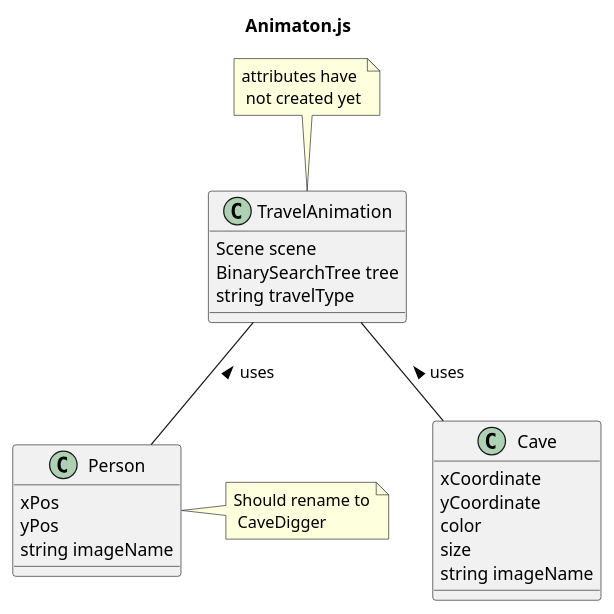
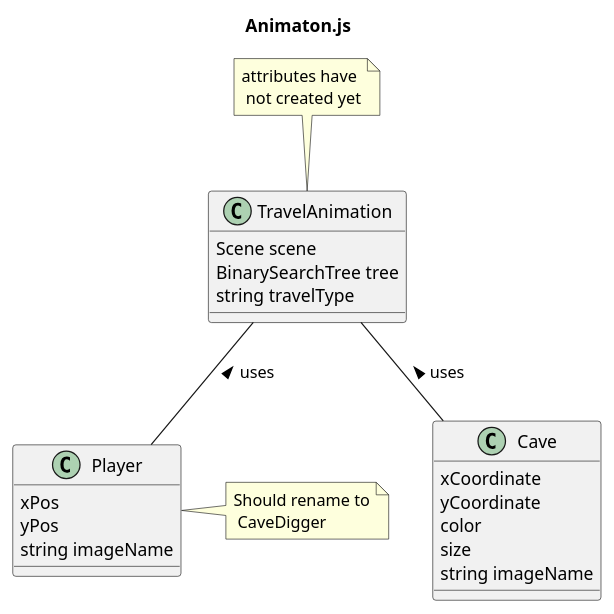
One commit to CameronSykes/CS4500FinalProject changed the second of 2 diagrams in phaser3-game/src/scripts/docs/README.org. Above: the diagram before and after it, drawn with PlantUML. The commit also changed other lines of this file and 3 other files, not shown here.

Commit message:
Rename Person object to Player

```diff
--- a/phaser3-game/src/scripts/docs/README.org
+++ b/phaser3-game/src/scripts/docs/README.org
@@ -51,30 +51,30 @@
   #+begin_src plantuml :file Animation.png
   @startuml
   title: Animaton.js
-  TravelAnimation  -- Person : < uses
+  TravelAnimation  -- Player : < uses
   TravelAnimation  -- Cave : < uses
 
   class TravelAnimation {
   Scene scene
   BinarySearchTree tree
   string travelType
   }
   note top : attributes have \n not created yet
 
-  class Person {
+  class Player {
   xPos
   yPos
   string imageName
   }
   note right :  Should rename to\n CaveDigger
 
   class Cave {
      xCoordinate
      yCoordinate
      color
      size
      string imageName
   }
   @enduml
 
   #+end_src
```
